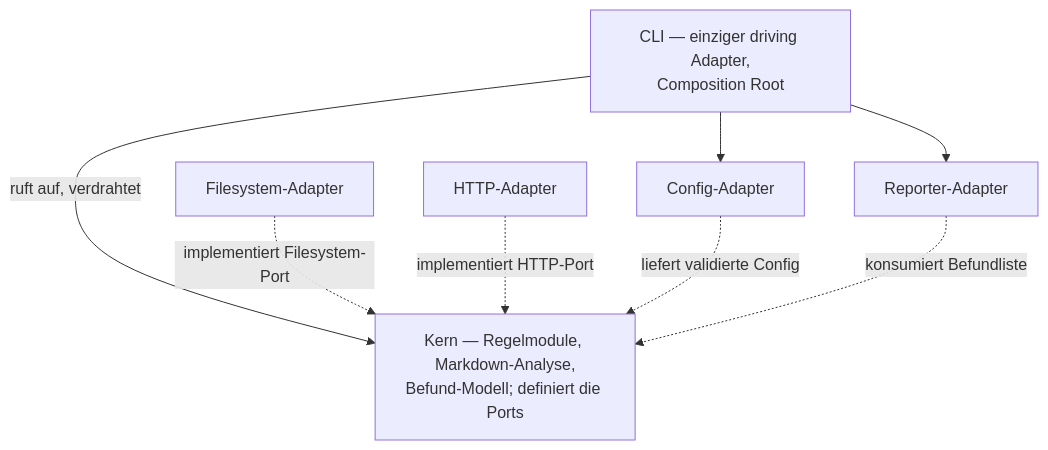
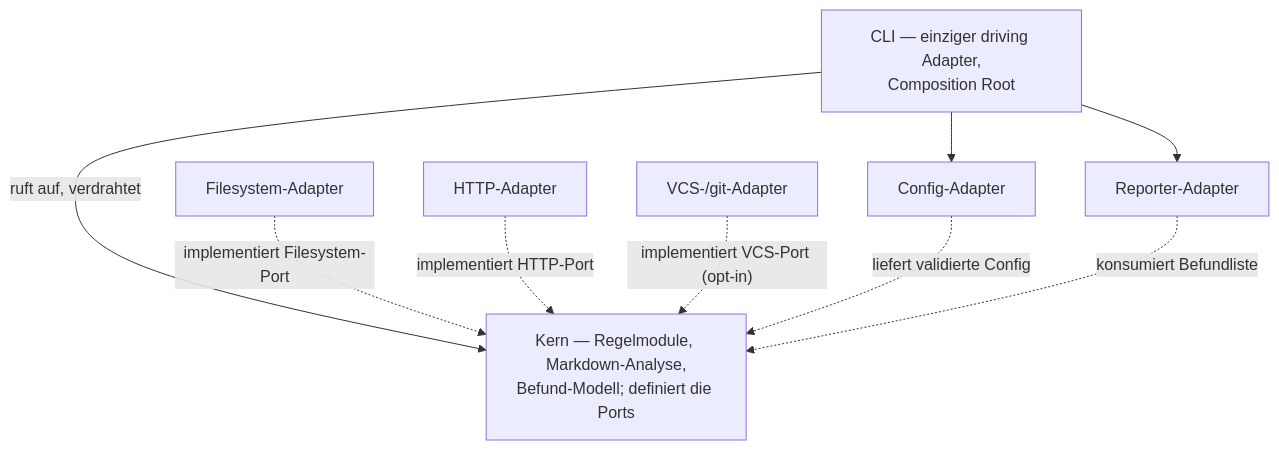
Before and after one commit to pt9912/d-check: the first of 2 diagrams in spec/architecture.md, drawn with Mermaid. The commit also changed other lines of this file and 26 other files, not shown here.

````diff
--- a/spec/architecture.md
+++ b/spec/architecture.md
@@ -22,17 +22,19 @@
 ```mermaid
 flowchart TB
     CLI["CLI — einziger driving Adapter,<br/>Composition Root"]
     CORE["Kern — Regelmodule, Markdown-Analyse,<br/>Befund-Modell; definiert die Ports"]
     FS["Filesystem-Adapter"]
     HTTP["HTTP-Adapter"]
+    VCS["VCS-/git-Adapter"]
     CFG["Config-Adapter"]
     REP["Reporter-Adapter"]
 
     CLI -->|"ruft auf, verdrahtet"| CORE
     CLI --> CFG
     CLI --> REP
     FS -.->|"implementiert Filesystem-Port"| CORE
     HTTP -.->|"implementiert HTTP-Port"| CORE
+    VCS -.->|"implementiert VCS-Port (opt-in)"| CORE
     CFG -.->|"liefert validierte Config"| CORE
     REP -.->|"konsumiert Befundliste"| CORE
 ```
````
